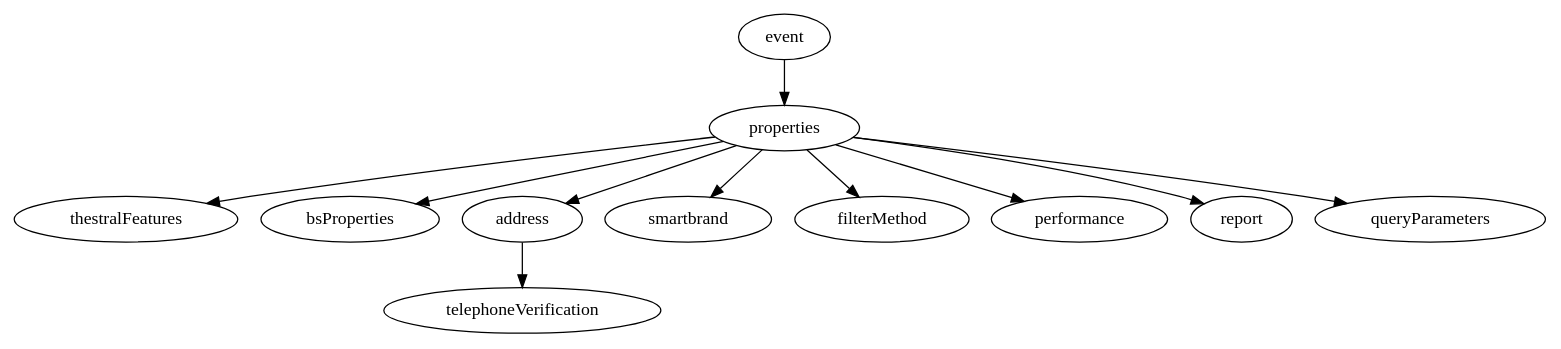
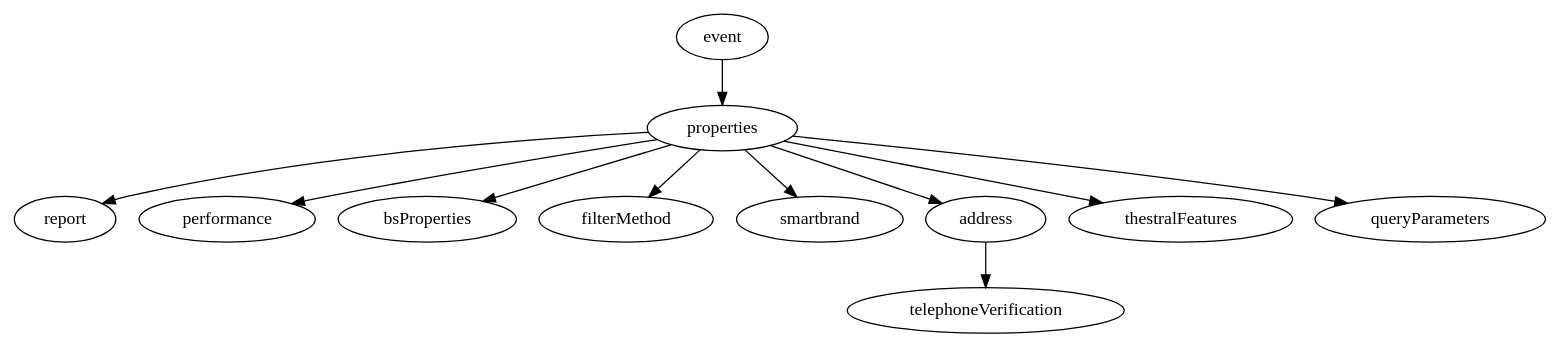
Before and after one commit to maiden7705/boxed-assignment-demo-1: the diagram in Requirement/json_tree.gv, drawn with Graphviz. The commit also changed 17 other files, not shown here.

```diff
--- a/Requirement/json_tree.gv
+++ b/Requirement/json_tree.gv
@@ -1,12 +1,12 @@
-strict digraph tree {
-    properties -> thestralFeatures;
-    properties -> bsProperties;
-    properties -> address;
-    address -> telephoneVerification;
-    properties -> smartbrand;
-    properties -> filterMethod;
-    event -> properties;
-    properties -> performance;
-    properties -> report;
-    properties -> queryParameters;
+digraph G {
+	properties -> report
+	properties -> performance
+	properties -> bsProperties
+	properties -> filterMethod
+	properties -> smartbrand
+	address -> telephoneVerification
+	event -> properties
+	properties -> thestralFeatures
+	properties -> address
+	properties -> queryParameters
 }
```
